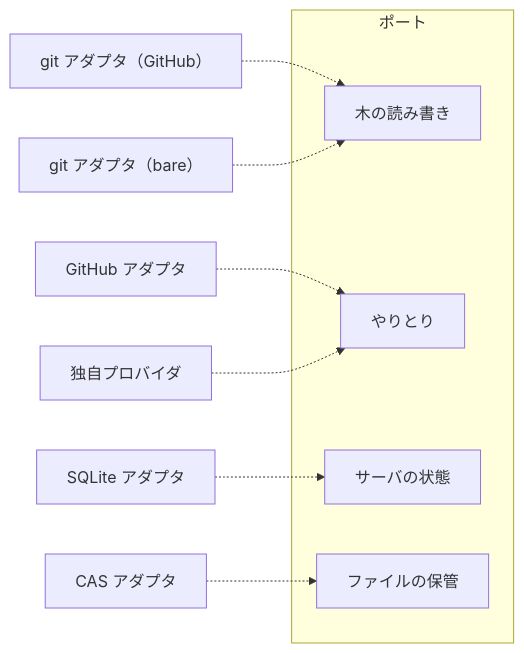
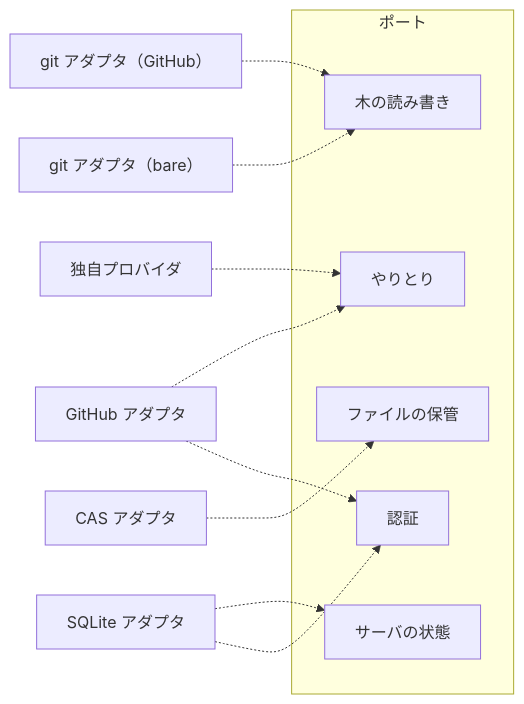
One commit to yamambainc/logiforge changed the diagram in design/backend/ports/README.md. Above: the diagram before and after it, drawn with Mermaid. The commit also changed other lines of this file and 10 other files, not shown here.

````diff
--- a/design/backend/ports/README.md
+++ b/design/backend/ports/README.md
@@ -17,15 +18,18 @@
 ```mermaid
 flowchart LR
   subgraph PT["ポート"]
     P1["木の読み書き"]
     P2["やりとり"]
     P3["サーバの状態"]
     P4["ファイルの保管"]
+    P5["認証"]
   end
   GITR["git アダプタ（GitHub）"] -.-> P1
   GITL["git アダプタ（bare）"] -.-> P1
   GH["GitHub アダプタ"] -.-> P2
   NA["独自プロバイダ"] -.-> P2
   SQ["SQLite アダプタ"] -.-> P3
   CA["CAS アダプタ"] -.-> P4
+  GH -.-> P5
+  SQ -.-> P5
 ```
````
